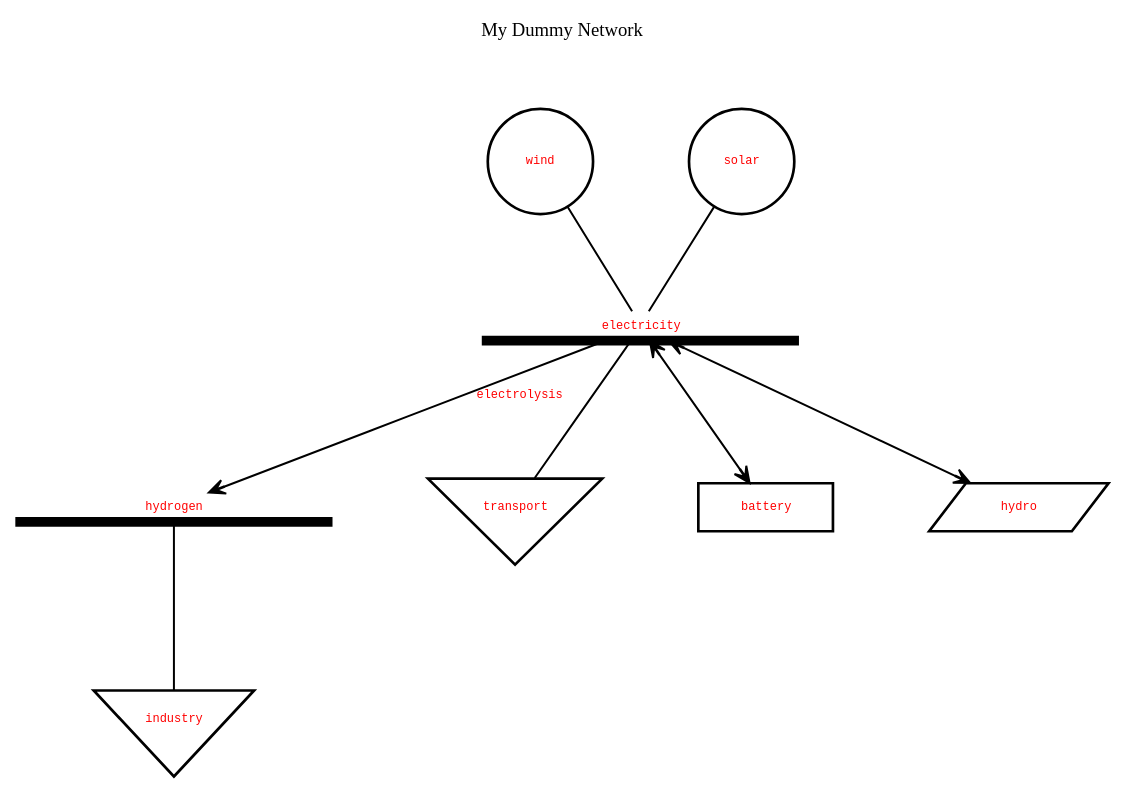
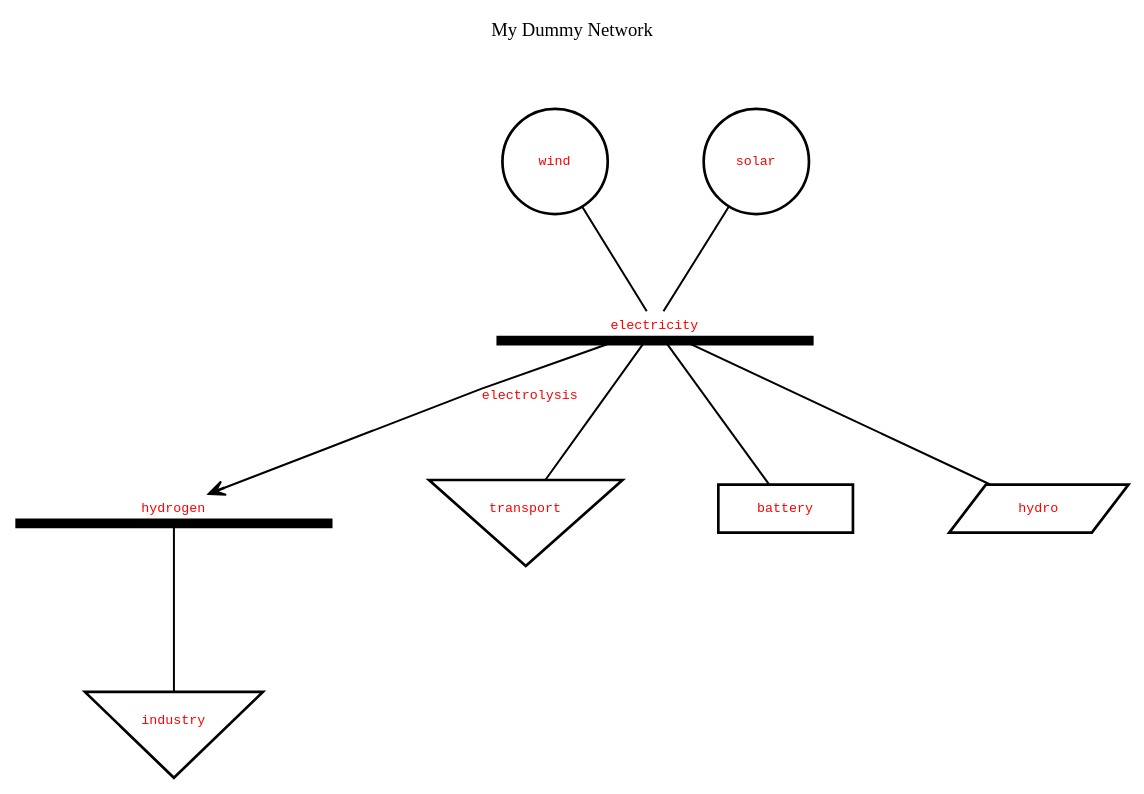
The diagram in resources/topography.dot (ricnogfer/pypsatopo), drawn with Graphviz before and after one commit. The commit also changed 1 other file, not shown here.

Commit message:
Updated graphical example in the documentation

```diff
--- a/resources/topography.dot
+++ b/resources/topography.dot
@@ -1,162 +1,162 @@
 //
-// Generated by PyPSATopo version 1.1.0 (on the 2025/02/07 at 08:02:09) using the following parameters: 
+// Generated by PyPSATopo version 1.1.3 (on the 2025/08/27 at 09:13:34) using the following parameters: 
 //
 //    file_input=None
 //    focus=None
 //    neighbourhood=0
 //    bus_filter=None
 //    generator_filter=None
 //    load_filter=None
 //    store_filter=None
 //    storage_unit_filter=None
 //    link_filter=None
 //    line_filter=None
 //    carrier_filter=None
 //    negative_efficiency=True
 //    broken_missing=False
 //    carrier_color=None
 //    context=False
 //    file_output=topography.svg
 //    file_format=svg
 //    log=False
 //    log_info=False
 //    log_warning=False
 //
 
 digraph "My Dummy Network"
 {
    // digraph layout
    bgcolor = "white"
    labelloc = "t"
    label = "My Dummy Network
 
 
            "
    tooltip = "Network: My Dummy Network
 Buses: 2 (out of 2)
 Generators: 2 (out of 2)
 Loads: 2 (out of 2)
 Stores: 1 (out of 1)
 Storage units: 1 (out of 1)
 Links: 1 (out of 1)
 Lines: 0 (out of 0)
 Snapshots: 1"
    rankdir = "TB"
    ranksep = 1.00
    nodesep = 1.00
    splines = "polyline"
-   node [fontname = "Courier New", fontsize = 9.00]
-   edge [fontname = "Courier New", fontsize = 9.00]
+   node [fontname = "Courier New", fontsize = 10.00]
+   edge [fontname = "Courier New", fontsize = 10.00]
 
    // buses (2)
    "electricity (bus)" [label = <<font color = "red">electricity</font>>, tooltip = "Bus: electricity
 Carrier: AC
-Unit: MW
+Unit: 
 Generators: 2
 Loads: 1
 Stores: 1
 Storage units: 1
 Incoming links: 0
 Outgoing links: 1
 Lines: 0
 
-Power time series: N/A MW", shape = "underline", width = 3.30, height = 0.30, style = "setlinewidth(7.30)", color = "black"]
+Power time series: N/A ", shape = "underline", width = 3.30, height = 0.30, style = "setlinewidth(7.30)", color = "black"]
    "hydrogen (bus)" [label = <<font color = "red">hydrogen</font>>, tooltip = "Bus: hydrogen
 Carrier: AC
-Unit: MW
+Unit: 
 Generators: 0
 Loads: 1
 Stores: 0
 Storage units: 0
 Incoming links: 1
 Outgoing links: 0
 Lines: 0
 
-Power time series: N/A MW", shape = "underline", width = 3.30, height = 0.30, style = "setlinewidth(7.30)", color = "black"]
+Power time series: N/A ", shape = "underline", width = 3.30, height = 0.30, style = "setlinewidth(7.30)", color = "black"]
 
    // generators (2)
    "wind (generator)" [label = <<font color = "red">wind</font>>, tooltip = "Generator: wind
 Bus: electricity
 Carrier: 
 Extendable nominal power: False
-Nominal power: 0.00 MW
-Power set: 0.00 MW
+Nominal power: 0.00 
+Power set: 0.00 
 Efficiency: 1.00
-Capital cost: 0.00 currency/MW
-Marginal cost: 0.00 currency/MWh
+Capital cost: 0.00 currency/
+Marginal cost: 0.00 currency/h
 
-Optimised nominal power: 0.00 MW
-Power time series: N/A MW", shape = "circle", width = 1.10, style = "setlinewidth(2.00)", color = "black"]   "wind (generator)" -> "electricity (bus)" [style = "setlinewidth(1.50)", color = "black", arrowhead = "none"]
+Optimised nominal power: 0.00 
+Power time series: N/A ", shape = "circle", width = 1.10, style = "setlinewidth(2.00)", color = "black"]   "wind (generator)" -> "electricity (bus)" [style = "setlinewidth(1.50)", color = "black", arrowhead = "none"]
    "solar (generator)" [label = <<font color = "red">solar</font>>, tooltip = "Generator: solar
 Bus: electricity
 Carrier: 
 Extendable nominal power: False
-Nominal power: 0.00 MW
-Power set: 0.00 MW
+Nominal power: 0.00 
+Power set: 0.00 
 Efficiency: 1.00
-Capital cost: 0.00 currency/MW
-Marginal cost: 0.00 currency/MWh
+Capital cost: 0.00 currency/
+Marginal cost: 0.00 currency/h
 
-Optimised nominal power: 0.00 MW
-Power time series: N/A MW", shape = "circle", width = 1.10, style = "setlinewidth(2.00)", color = "black"]   "solar (generator)" -> "electricity (bus)" [style = "setlinewidth(1.50)", color = "black", arrowhead = "none"]
+Optimised nominal power: 0.00 
+Power time series: N/A ", shape = "circle", width = 1.10, style = "setlinewidth(2.00)", color = "black"]   "solar (generator)" -> "electricity (bus)" [style = "setlinewidth(1.50)", color = "black", arrowhead = "none"]
 
    // loads (2)
    "transport (load)" [label = <<font color = "red">transport</font>>, tooltip = "Load: transport
 Bus: electricity
 Carrier: 
-Power set: 0.00 MW", shape = "invtriangle", width = 1.50, height = 1.20, style = "setlinewidth(2.00)", color = "black"]   "electricity (bus)" -> "transport (load)" [style = "setlinewidth(1.50)", color = "black", arrowhead = "none"]
+Power set: 0.00 ", shape = "invtriangle", width = 1.50, height = 1.20, style = "setlinewidth(2.00)", color = "black"]   "electricity (bus)" -> "transport (load)" [style = "setlinewidth(1.50)", color = "black", arrowhead = "none"]
    "industry (load)" [label = <<font color = "red">industry</font>>, tooltip = "Load: industry
 Bus: hydrogen
 Carrier: 
-Power set: 0.00 MW", shape = "invtriangle", width = 1.50, height = 1.20, style = "setlinewidth(2.00)", color = "black"]   "hydrogen (bus)" -> "industry (load)" [style = "setlinewidth(1.50)", color = "black", arrowhead = "none"]
+Power set: 0.00 ", shape = "invtriangle", width = 1.50, height = 1.20, style = "setlinewidth(2.00)", color = "black"]   "hydrogen (bus)" -> "industry (load)" [style = "setlinewidth(1.50)", color = "black", arrowhead = "none"]
 
    // stores (1)
    "battery (store)" [label = <<font color = "red">battery</font>>, tooltip = "Store: battery
 Bus: electricity
 Carrier: 
 Extendable nominal energy: False
-Nominal energy: 0.00 MWh
-Power set: 0.00 MW
+Nominal energy: 0.00 h
+Power set: 0.00 
 Cyclic energy: False
-Capital cost: 0.00 currency/MW
-Marginal cost: 0.00 currency/MWh
+Capital cost: 0.00 currency/
+Marginal cost: 0.00 currency/h
 
-Optimised nominal energy: 0.00 MWh
-Energy time series: N/A MWh
-Power time series: N/A MW", shape = "box", width = 1.40, style = "setlinewidth(2.00)", color = "black"]   "electricity (bus)" -> "battery (store)" [style = "setlinewidth(1.50)", color = "black", arrowhead = "vee", arrowtail = "vee", arrowsize = 1.20, dir = "both"]
+Optimised nominal energy: 0.00 h
+Energy time series: N/A h
+Power time series: N/A ", shape = "box", width = 1.40, style = "setlinewidth(2.00)", color = "black"]   "electricity (bus)" -> "battery (store)" [style = "setlinewidth(1.50)", color = "black", arrowhead = "none"]
 
    // storage units (1)
    "hydro (storage unit)" [label = <<font color = "red">hydro</font>>, tooltip = "Storage unit: hydro
 Bus: electricity
 Carrier: 
 Extendable nominal power: False
-Nominal power: 0.00 MW
-Power set: 0.00 MW
+Nominal power: 0.00 
+Power set: 0.00 
 Charge cyclic state: False
-Capital cost: 0.00 currency/MW
-Marginal cost: 0.00 currency/MWh
+Capital cost: 0.00 currency/
+Marginal cost: 0.00 currency/h
 
-Optimised nominal power: 0.00 MW
-Power time series: N/A MW", shape = "parallelogram", width = 1.80, style = "setlinewidth(2.00)", color = "black"]   "electricity (bus)" -> "hydro (storage unit)" [style = "setlinewidth(1.50)", color = "black", arrowhead = "vee", arrowtail = "vee", arrowsize = 1.20, dir = "both"]
+Optimised nominal power: 0.00 
+Power time series: N/A ", shape = "parallelogram", width = 1.80, style = "setlinewidth(2.00)", color = "black"]   "electricity (bus)" -> "hydro (storage unit)" [style = "setlinewidth(1.50)", color = "black", arrowhead = "none"]
 
    // links (1)
    "electricity (bus)" -> "hydrogen (bus)" [label = <<font color = "red">electrolysis</font>>, tooltip = "Link: electrolysis
 From: electricity (bus0)
 To: hydrogen (bus1)
 Carrier: 
 Extendable nominal power: False
 Nominal power: 0.00 MW
 Efficiency: 1.00
 Capital cost: 0.00 currency/MW
 Marginal cost: 0.00 currency/MWh
 
 Optimised nominal power: 0.00 MW
 Power time series (p0): N/A MW
 Power time series (p1): N/A MW", style = "setlinewidth(1.50)", color = "black", arrowhead = "vee", arrowsize = 1.20]
 
    // multi-link trunks (0)
 
    // multi-link branches (0)
 
    // lines (0)
 }
```
